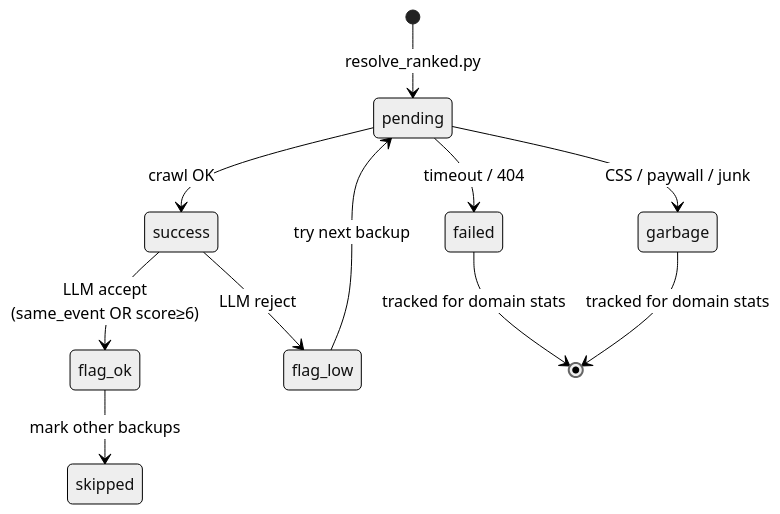
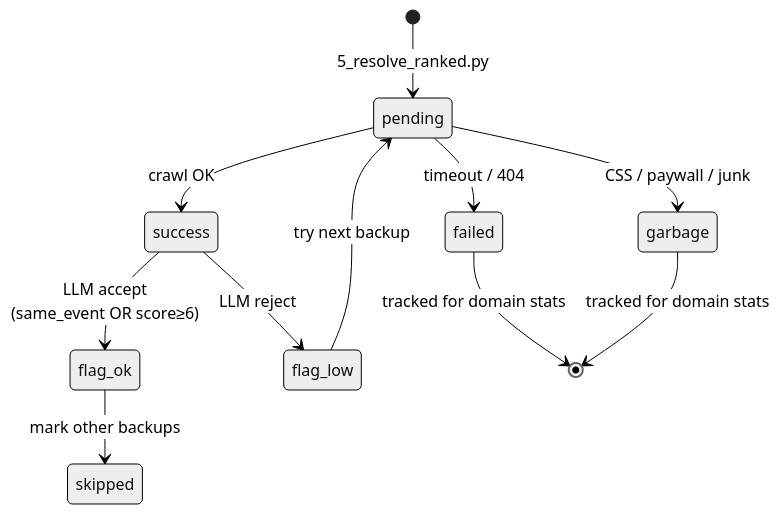
The third of 4 diagrams in docs/1-news-backend.md (choym92/araverus), drawn with Mermaid (neutral theme) before and after one commit. The commit also changed other lines of this file and 34 other files, not shown here.

````diff
--- a/docs/1-news-backend.md
+++ b/docs/1-news-backend.md
@@ -244,17 +244,17 @@
 ```mermaid
 stateDiagram-v2
-    [*] --> pending: resolve_ranked.py
+    [*] --> pending: 5_resolve_ranked.py
 
     pending --> success: crawl OK
     pending --> failed: timeout / 404
     pending --> garbage: CSS / paywall / junk
 
     success --> flag_ok: LLM accept<br/>(same_event OR score≥6)
     success --> flag_low: LLM reject
 
     flag_ok --> skipped: mark other backups
     flag_low --> pending: try next backup
 
     failed --> [*]: tracked for domain stats
     garbage --> [*]: tracked for domain stats
 ```
````
